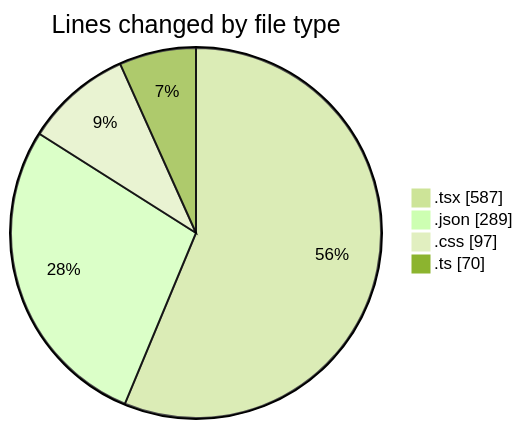
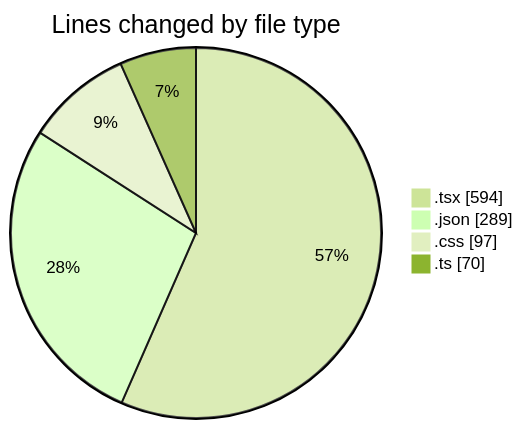
Before and after one commit to Elitesun/code-tracking: the first of 2 diagrams in 2025-05-04/niten/README.md, drawn with Mermaid (forest theme). The commit also changed other lines of this file and 1 other file, not shown here.

````diff
--- a/2025-05-04/niten/README.md
+++ b/2025-05-04/niten/README.md
@@ -34,8 +34,8 @@
 ```mermaid
 pie showData
 title Lines changed by file type
-".tsx" : 587
+".tsx" : 594
 ".json" : 289
 ".css" : 97
 ".ts" : 70
 ```
````
